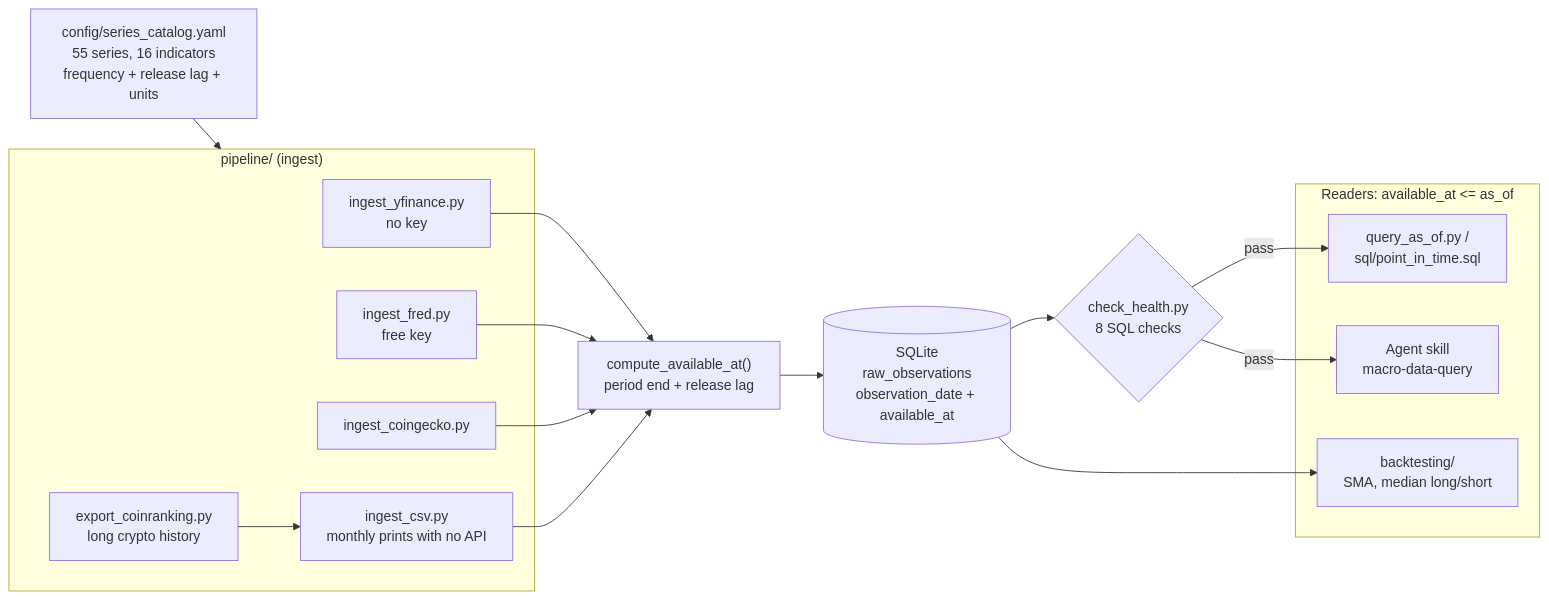
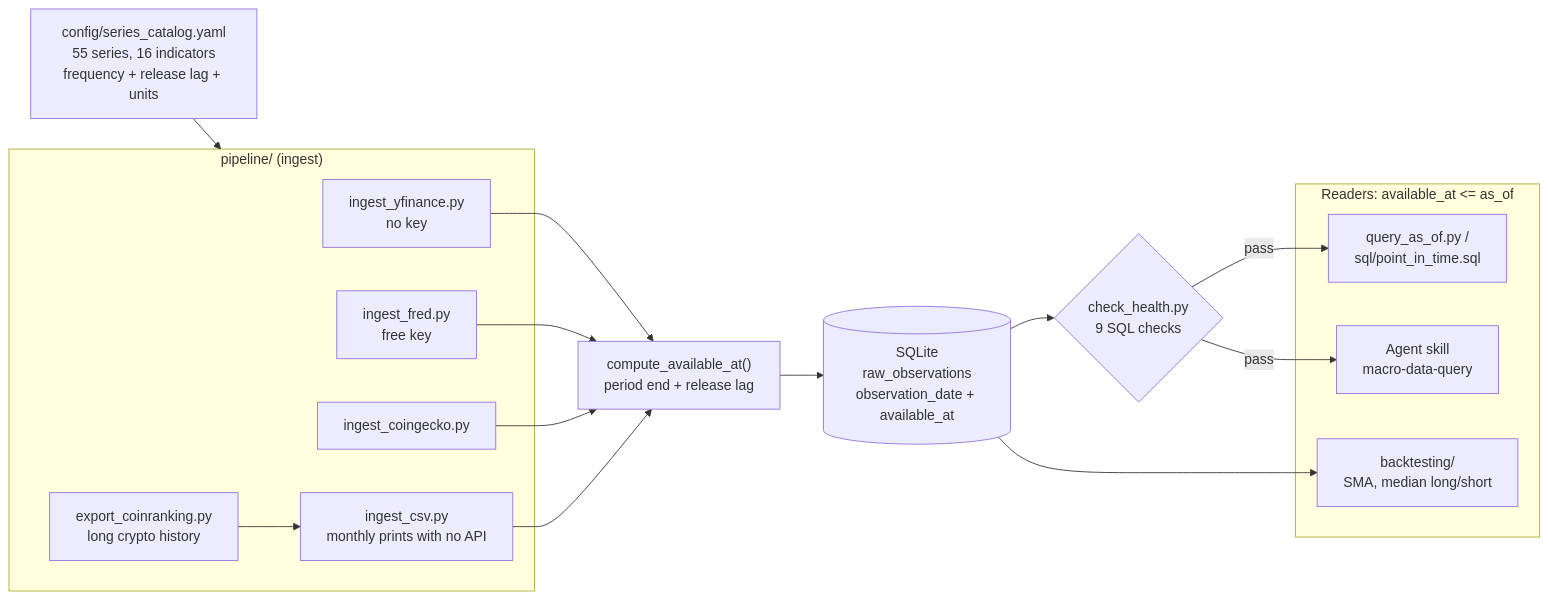
Before and after one commit to s0yabean/macro-regime-data-pipeline: the diagram in README.md, drawn with Mermaid. The commit also changed other lines of this file and 4 other files, not shown here.

First line of the commit message:
Add lag_from_period_end health check for lags counted from the label date

````diff
--- a/README.md
+++ b/README.md
@@ -31,32 +31,32 @@
 ```mermaid
 flowchart LR
     CAT["config/series_catalog.yaml<br/>55 series, 16 indicators<br/>frequency + release lag + units"]
 
     subgraph INGEST["pipeline/ (ingest)"]
         YF["ingest_yfinance.py<br/>no key"]
         FR["ingest_fred.py<br/>free key"]
         CGK["ingest_coingecko.py"]
         CR["export_coinranking.py<br/>long crypto history"]
         CSV["ingest_csv.py<br/>monthly prints with no API"]
     end
 
     AV["compute_available_at()<br/>period end + release lag"]
     DB[("SQLite<br/>raw_observations<br/>observation_date + available_at")]
-    HC{"check_health.py<br/>8 SQL checks"}
+    HC{"check_health.py<br/>9 SQL checks"}
 
     subgraph READ["Readers: available_at <= as_of"]
         Q["query_as_of.py /<br/>sql/point_in_time.sql"]
         AG["Agent skill<br/>macro-data-query"]
         BT["backtesting/<br/>SMA, median long/short"]
     end
 
     CAT --> INGEST
     YF --> AV
     FR --> AV
     CGK --> AV
     CR --> CSV --> AV
     AV --> DB --> HC
     HC -- "pass" --> Q
     HC -- "pass" --> AG
     DB --> BT
 ```
````
